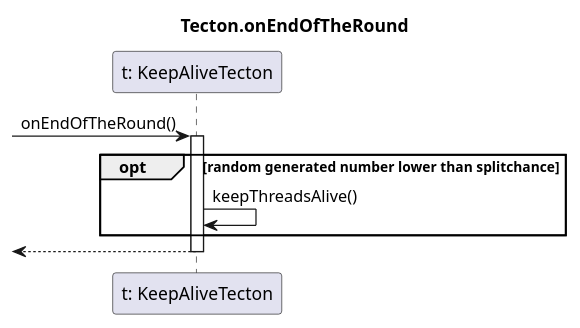
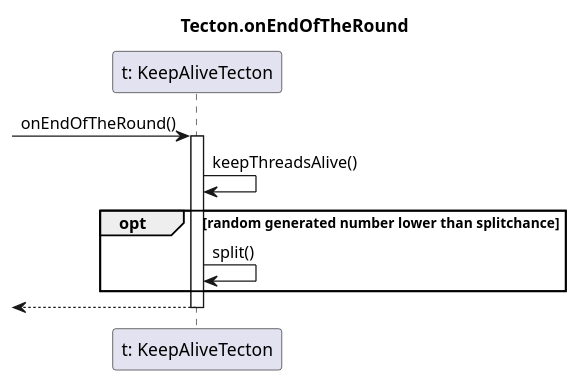
The diagram in diagrams/sequence/tecton/endofround_keepalive.plantuml (dzsem/projlab), drawn with PlantUML before and after one commit.

```diff
--- a/diagrams/sequence/tecton/endofround_keepalive.plantuml
+++ b/diagrams/sequence/tecton/endofround_keepalive.plantuml
@@ -1,15 +1,18 @@
 @startuml endofround_tecton
 
 title Tecton.onEndOfTheRound
 
 participant "t: KeepAliveTecton" as tecton
 
 -> tecton: onEndOfTheRound()
 activate tecton
 
+tecton -> tecton: keepThreadsAlive()
+
 opt random generated number lower than splitchance
-	tecton -> tecton: keepThreadsAlive()
+	tecton -> tecton: split()
 end
+
 <-- tecton
 deactivate tecton
 @enduml
```
